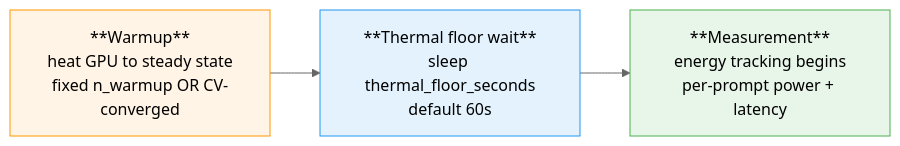
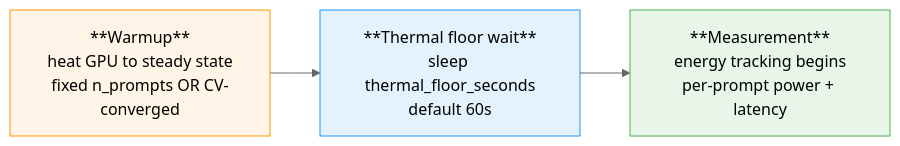
Before and after one commit to henrycgbaker/LLenergyMeasure: the first of 2 diagrams in docs/explanation/methodology/methodology.md, drawn with Mermaid (neutral theme). The commit also changed other lines of this file and 20 other files, not shown here.

````diff
--- a/docs/explanation/methodology/methodology.md
+++ b/docs/explanation/methodology/methodology.md
@@ -57,7 +57,7 @@
 ```mermaid
 flowchart LR
-    A[**Warmup**<br/>heat GPU to steady state<br/>fixed n_warmup OR CV-converged] --> B[**Thermal floor wait**<br/>sleep thermal_floor_seconds<br/>default 60s] --> C[**Measurement**<br/>energy tracking begins<br/>per-prompt power + latency]
+    A[**Warmup**<br/>heat GPU to steady state<br/>fixed n_prompts OR CV-converged] --> B[**Thermal floor wait**<br/>sleep thermal_floor_seconds<br/>default 60s] --> C[**Measurement**<br/>energy tracking begins<br/>per-prompt power + latency]
     style A fill:#fff4e6,stroke:#ff9800
     style B fill:#e3f2fd,stroke:#2196f3
     style C fill:#e8f5e9,stroke:#4caf50
 ```
````
